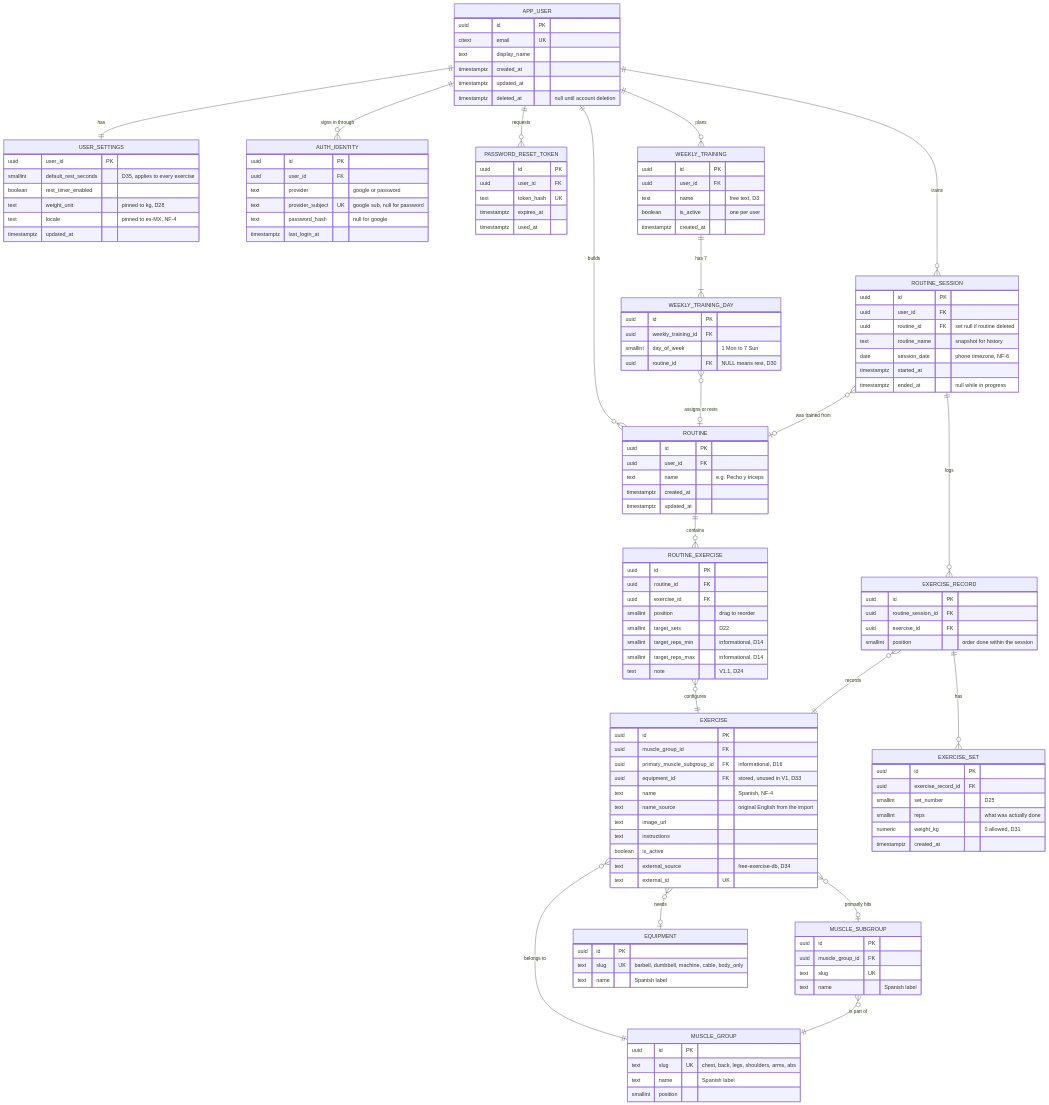
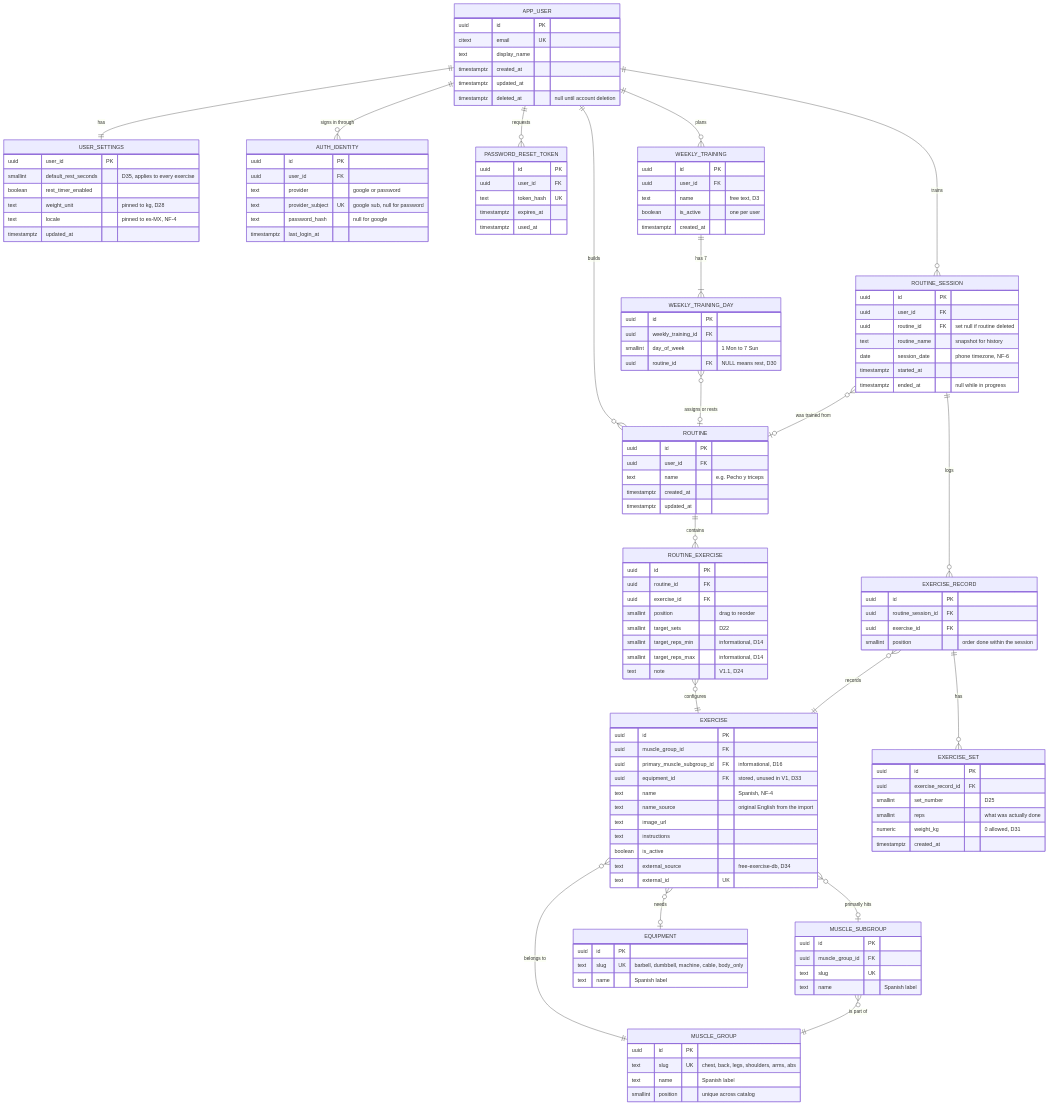
The diagram in requirements/DATA-MODEL.md (carlitosStevenZM/gym_project), drawn with Mermaid before and after one commit. The commit also changed other lines of this file and 3 other files, not shown here.

```diff
--- a/requirements/DATA-MODEL.md
+++ b/requirements/DATA-MODEL.md
@@ -183,7 +183,7 @@
         uuid id PK
         text slug UK "chest, back, legs, shoulders, arms, abs"
         text name "Spanish label"
-        smallint position
+        smallint position "unique across catalog"
     }
 
     MUSCLE_SUBGROUP {
```
